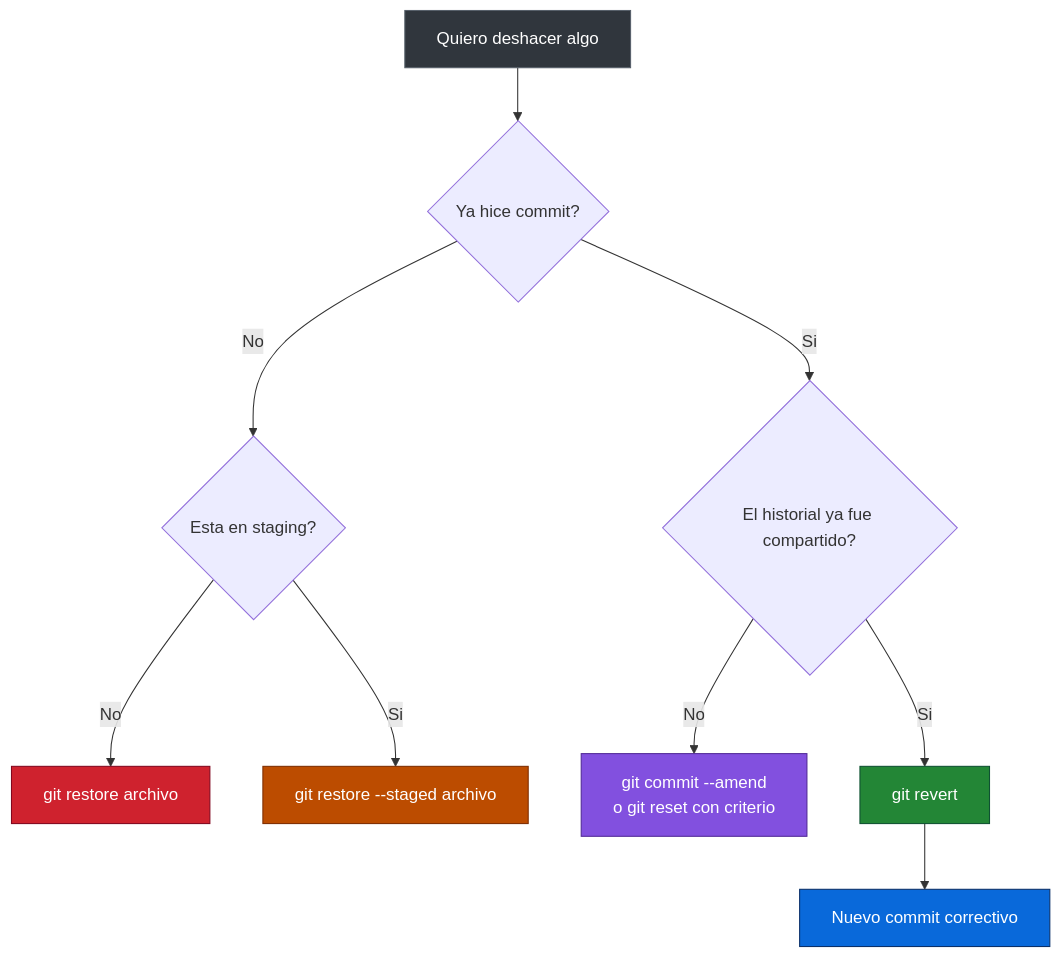
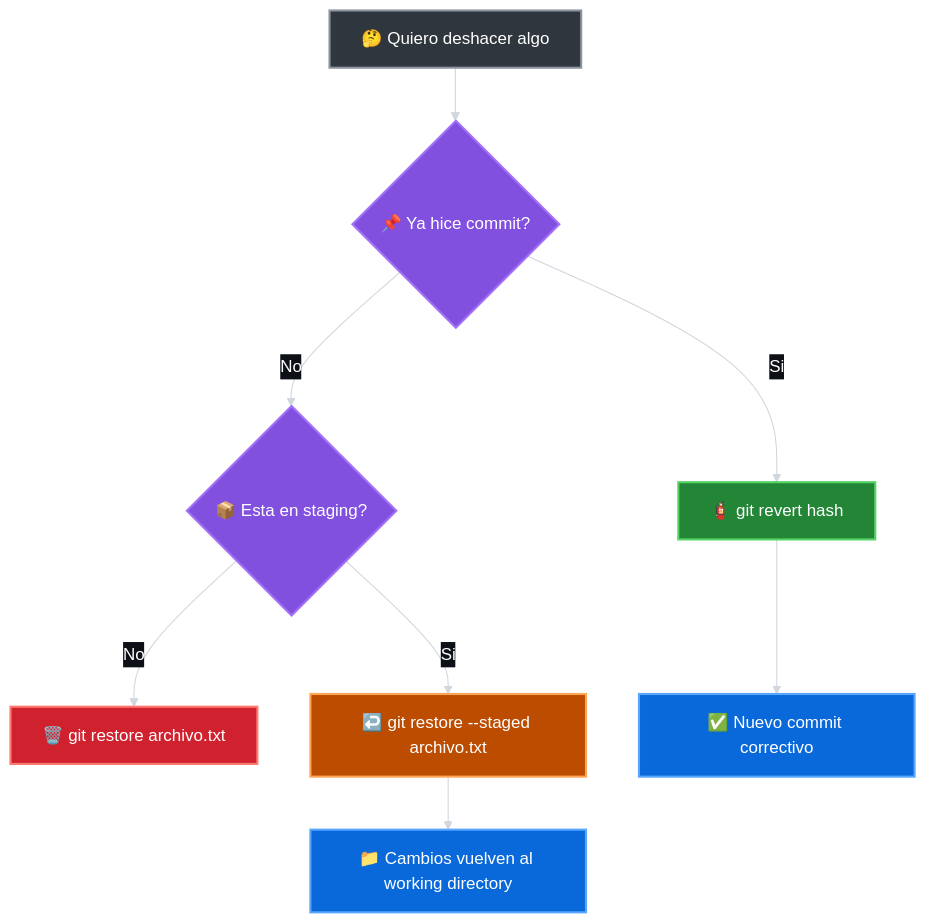
Diagram 19 of 23 in README.md (7on2/curso-git-github-desde-cero), drawn with Mermaid before and after one commit. The commit also changed other lines of this file, not shown here.

````diff
--- a/README.md
+++ b/README.md
@@ -198,18 +1514,20 @@
 ```mermaid
+%%{init: {'theme': 'base', 'themeVariables': {'primaryTextColor': '#ffffff', 'secondaryTextColor': '#ffffff', 'tertiaryTextColor': '#ffffff', 'lineColor': '#d0d7de', 'edgeLabelBackground': '#0d1117', 'fontFamily': 'Arial'}}}%%
 flowchart TD
-    A["Quiero deshacer algo"] --> B{"Ya hice commit?"}
-    B -->|No| C{"Esta en staging?"}
-    C -->|No| D["git restore archivo"]
-    C -->|Si| E["git restore --staged archivo"]
-    B -->|Si| F{"El historial ya fue compartido?"}
-    F -->|No| G["git commit --amend\no git reset con criterio"]
-    F -->|Si| H["git revert <hash>"]
-    H --> I["Nuevo commit correctivo"]
+    A[🤔 Quiero deshacer algo] --> B{📌 Ya hice commit?}
+    B -->|No| C{📦 Esta en staging?}
+    C -->|No| D[🗑️ git restore archivo.txt]
+    C -->|Si| E[↩️ git restore --staged archivo.txt]
+    E --> F[📁 Cambios vuelven al working directory]
+    B -->|Si| G[🧯 git revert hash]
+    G --> H[✅ Nuevo commit correctivo]
 
-    style A fill:#30363d,stroke:#57606a,color:#ffffff
-    style D fill:#cf222e,stroke:#82071e,color:#ffffff
-    style E fill:#bc4c00,stroke:#7d2d00,color:#ffffff
-    style G fill:#8250df,stroke:#512a97,color:#ffffff
-    style H fill:#238636,stroke:#0f5132,color:#ffffff
-    style I fill:#0969da,stroke:#0a3069,color:#ffffff
+    style A fill:#30363d,stroke:#8b949e,stroke-width:2px,color:#ffffff
+    style B fill:#8250df,stroke:#a371f7,stroke-width:2px,color:#ffffff
+    style C fill:#8250df,stroke:#a371f7,stroke-width:2px,color:#ffffff
+    style D fill:#cf222e,stroke:#ff7b72,stroke-width:2px,color:#ffffff
+    style E fill:#bc4c00,stroke:#ffa657,stroke-width:2px,color:#ffffff
+    style F fill:#0969da,stroke:#58a6ff,stroke-width:2px,color:#ffffff
+    style G fill:#238636,stroke:#56d364,stroke-width:2px,color:#ffffff
+    style H fill:#0969da,stroke:#58a6ff,stroke-width:2px,color:#ffffff
 ```
````
